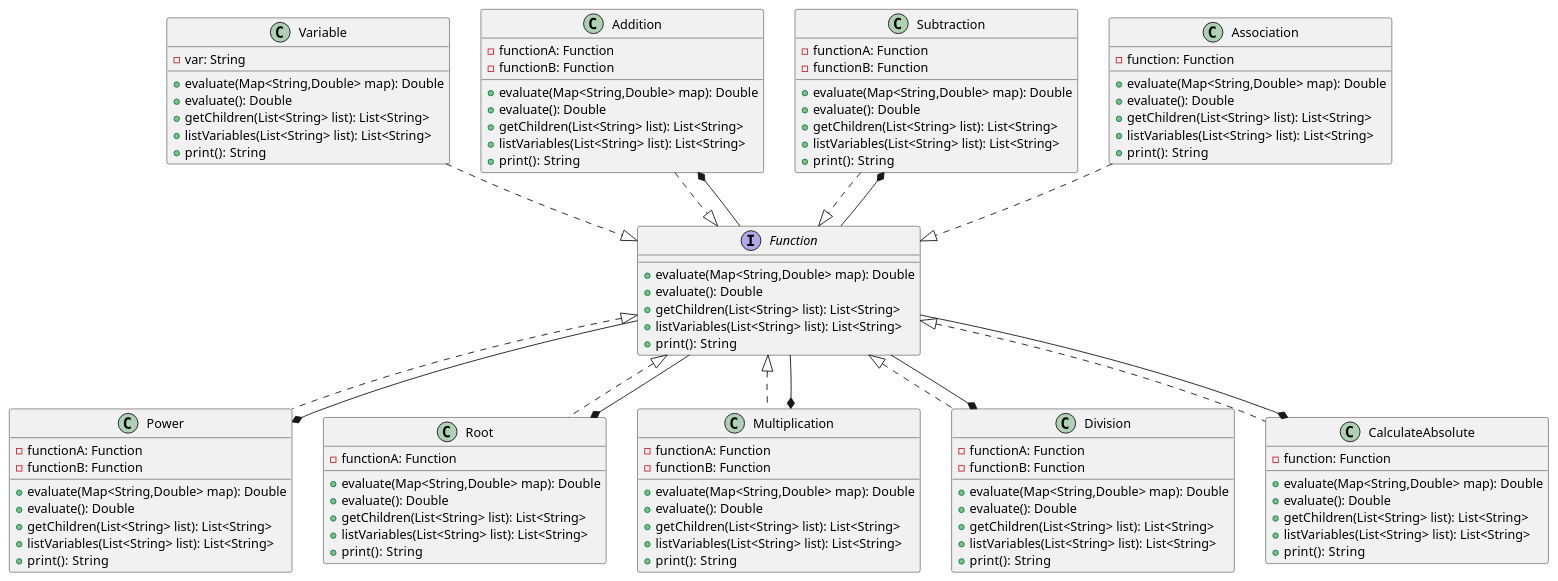
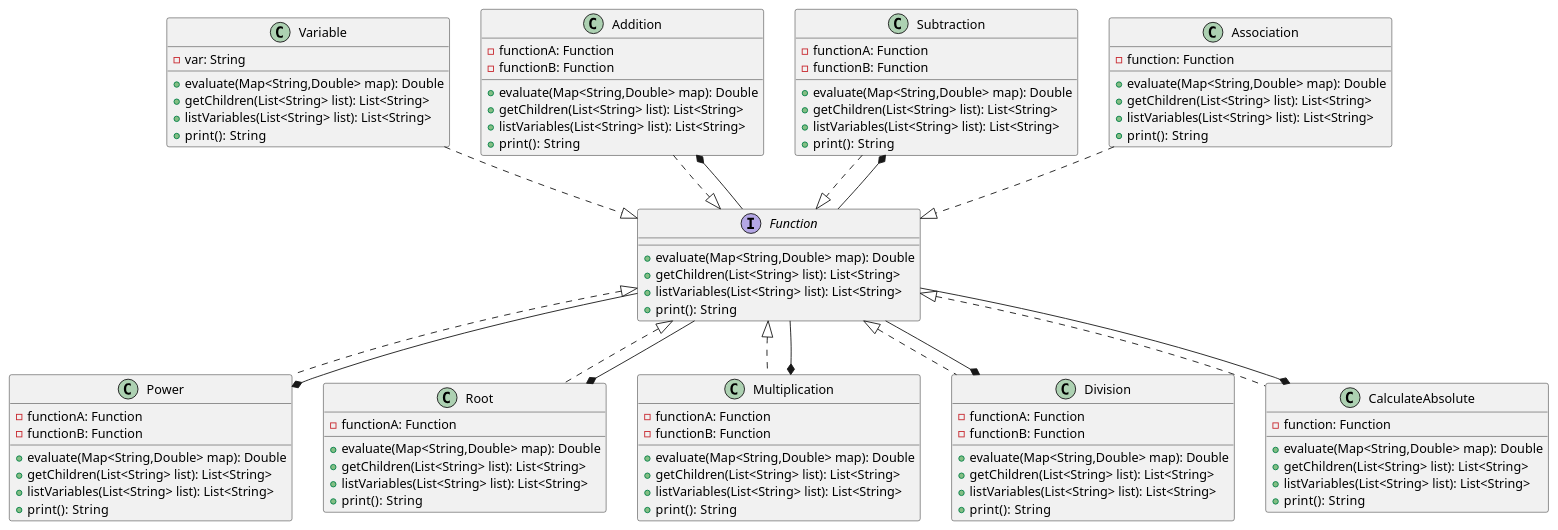
Before and after one commit to JulianRecio/formula: the diagram in diagrams/compositeFunction.puml, drawn with PlantUML. The commit also changed 1 other file, not shown here.

Commit message:
UML visitor hecho

```diff
--- a/diagrams/compositeFunction.puml
+++ b/diagrams/compositeFunction.puml
@@ -1,126 +1,116 @@
 @startuml
 
 interface Function{
     +evaluate(Map<String,Double> map): Double
-    +evaluate(): Double
     +getChildren(List<String> list): List<String>
     +listVariables(List<String> list): List<String>
     +print():  String
 }
 
 class Variable{
     -var: String
     +evaluate(Map<String,Double> map): Double
-    +evaluate(): Double
     +getChildren(List<String> list): List<String>
     +listVariables(List<String> list): List<String>
     +print():  String
 }
 
 class Power{
     -functionA: Function
     -functionB: Function
     +evaluate(Map<String,Double> map): Double
-    +evaluate(): Double
     +getChildren(List<String> list): List<String>
     +listVariables(List<String> list): List<String>
     +print():  String
 }
 
 class Root{
     -functionA: Function
     +evaluate(Map<String,Double> map): Double
-    +evaluate(): Double
     +getChildren(List<String> list): List<String>
     +listVariables(List<String> list): List<String>
     +print():  String
 }
 
 class Multiplication{
     -functionA: Function
     -functionB: Function
     +evaluate(Map<String,Double> map): Double
-    +evaluate(): Double
     +getChildren(List<String> list): List<String>
     +listVariables(List<String> list): List<String>
     +print():  String
 }
 
 class Division{
     -functionA: Function
     -functionB: Function
     +evaluate(Map<String,Double> map): Double
-    +evaluate(): Double
     +getChildren(List<String> list): List<String>
     +listVariables(List<String> list): List<String>
     +print():  String
 }
 
 class Addition{
     -functionA: Function
     -functionB: Function
     +evaluate(Map<String,Double> map): Double
-    +evaluate(): Double
     +getChildren(List<String> list): List<String>
     +listVariables(List<String> list): List<String>
     +print():  String
 }
 
 class Subtraction{
     -functionA: Function
     -functionB: Function
     +evaluate(Map<String,Double> map): Double
-    +evaluate(): Double
     +getChildren(List<String> list): List<String>
     +listVariables(List<String> list): List<String>
     +print():  String
 }
 
 class CalculateAbsolute{
     -function: Function
     +evaluate(Map<String,Double> map): Double
-    +evaluate(): Double
     +getChildren(List<String> list): List<String>
     +listVariables(List<String> list): List<String>
     +print():  String
 }
 
 class Association{
     -function: Function
     +evaluate(Map<String,Double> map): Double
-    +evaluate(): Double
     +getChildren(List<String> list): List<String>
     +listVariables(List<String> list): List<String>
     +print():  String
 }
 
 
 
 
 CalculateAbsolute .u.|> Function
 Power .u.|> Function
 Root .u.|> Function
 Multiplication .u.|> Function
 Division .u.|> Function
 Addition ..|> Function
 Subtraction ..|> Function
 Variable ..|> Function
 Association ..|> Function
 CalculateAbsolute *-- Function
 Power *-- Function
 Root *-- Function
 Multiplication *-- Function
 Division *-- Function
 Addition *-- Function
 Subtraction *-- Function
 
 
 /'
     --|> herencia
     *-- composición
     o-- agregación
     --> asosiación
     ..> dependencia
     <|.. realización/implementación
 '/
 @enduml
```
